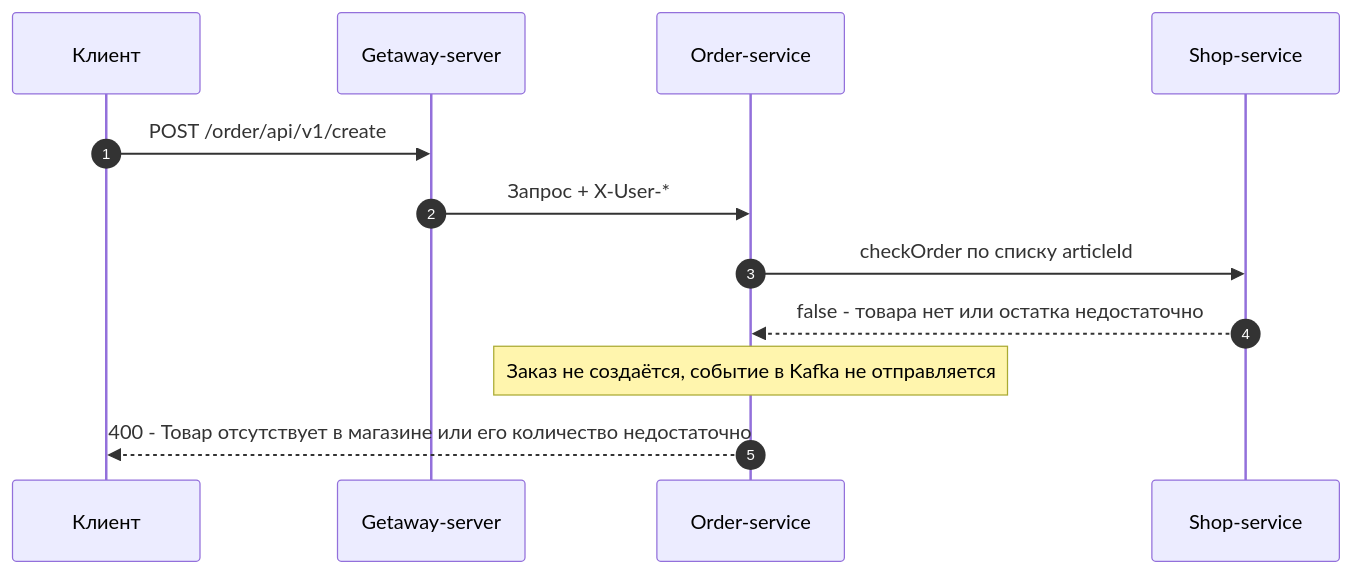
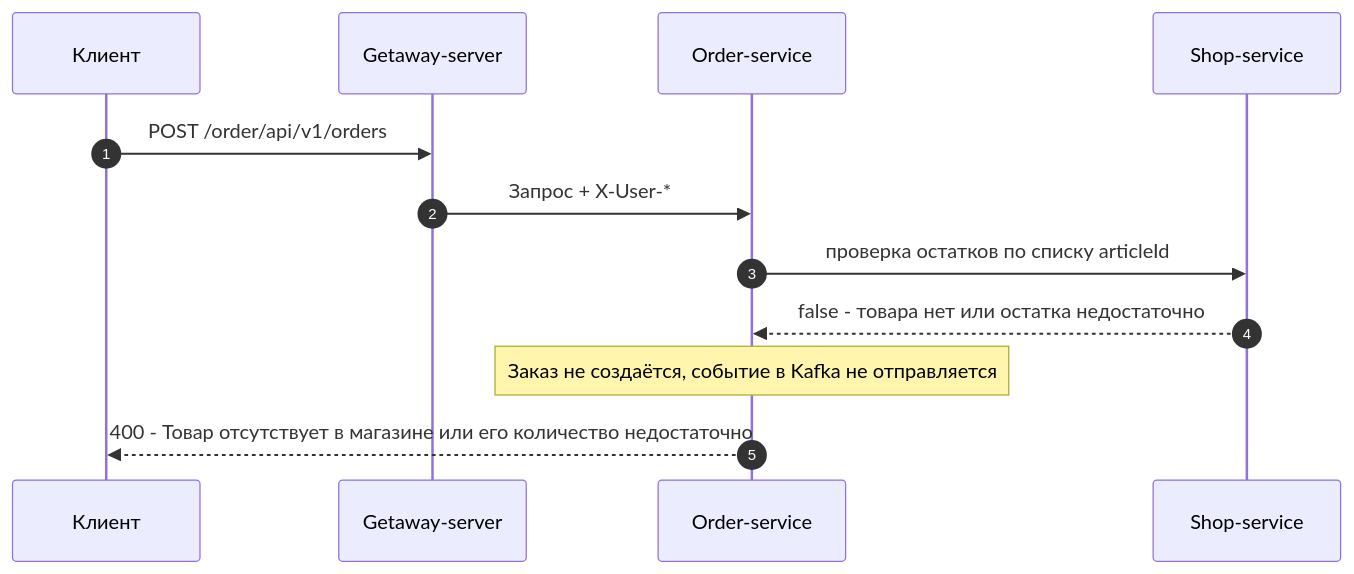
The third of 9 diagrams in README.md (Sergistan/spring-microservices), drawn with Mermaid before and after one commit. The commit also changed other lines of this file and 14 other files, not shown here.

````diff
--- a/README.md
+++ b/README.md
@@ -481,15 +481,15 @@
 ```mermaid
 sequenceDiagram
     autonumber
     participant C as Клиент
     participant GW as Getaway-server
     participant O as Order-service
     participant S as Shop-service
 
-    C->>GW: POST /order/api/v1/create
+    C->>GW: POST /order/api/v1/orders
     GW->>O: Запрос + X-User-*
-    O->>S: checkOrder по списку articleId
+    O->>S: проверка остатков по списку articleId
     S-->>O: false - товара нет или остатка недостаточно
     Note over O: Заказ не создаётся, событие в Kafka не отправляется
     O-->>C: 400 - Товар отсутствует в магазине или его количество недостаточно
 ```
````
